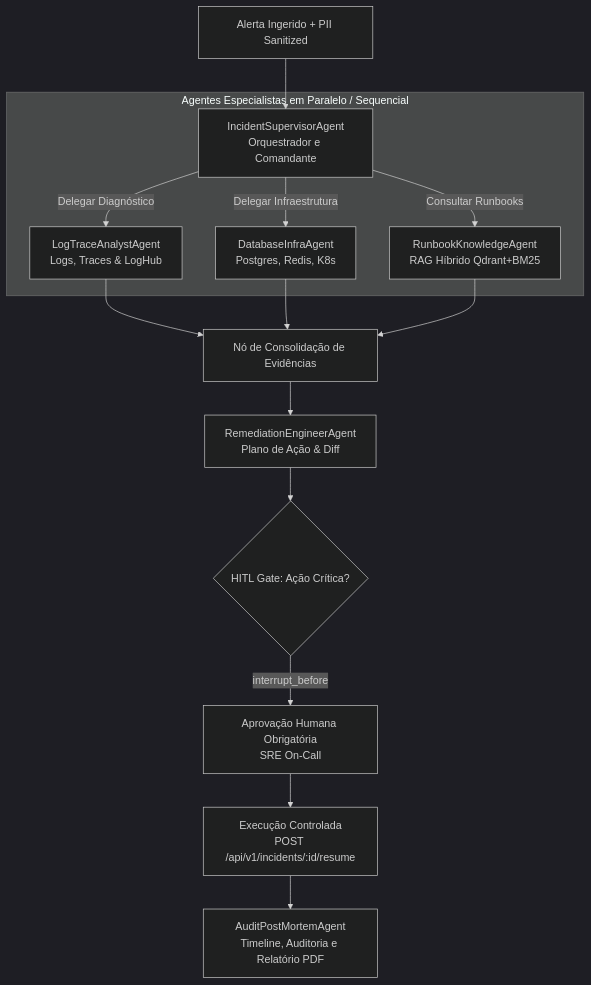
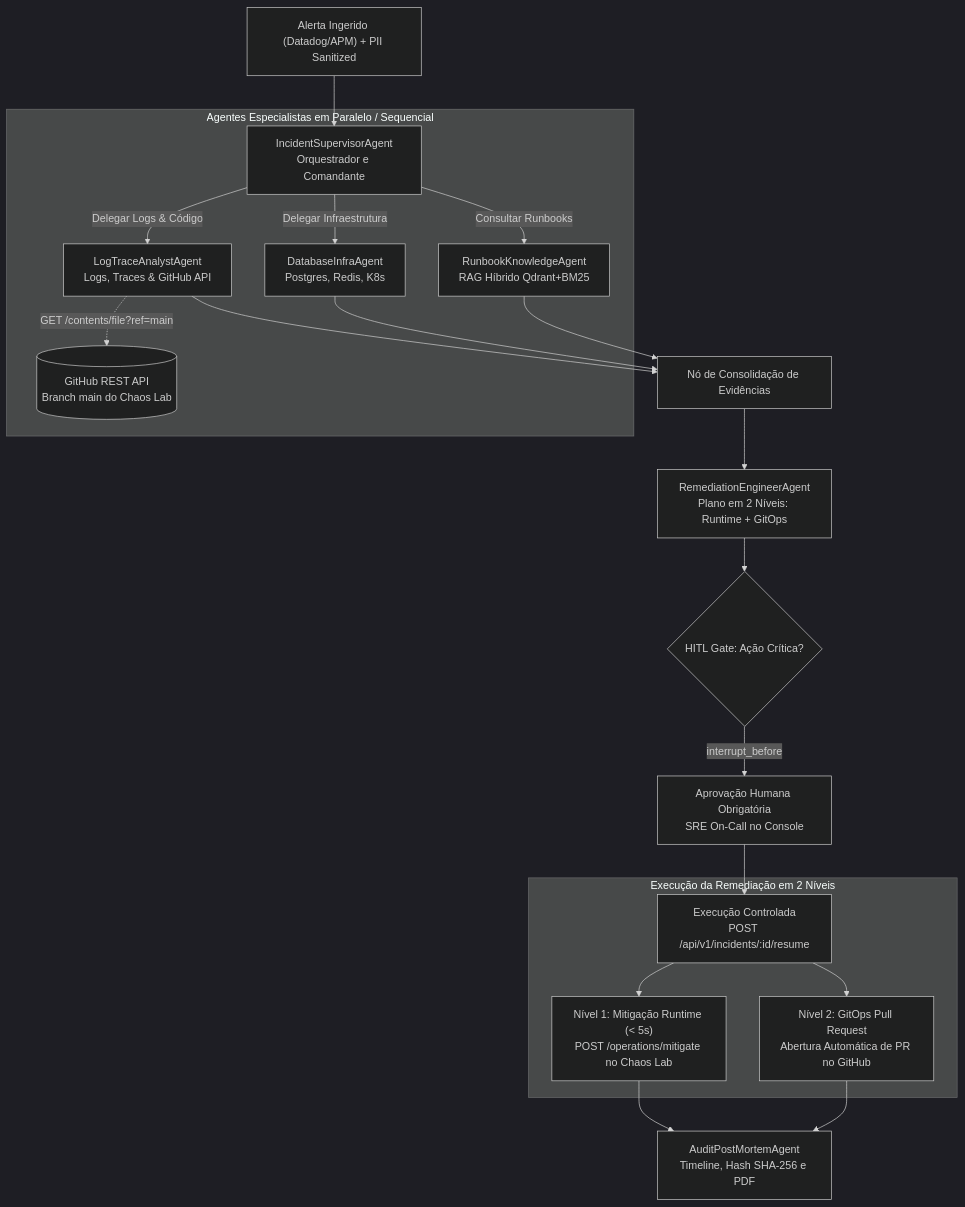
One commit to henriquebotelhogomes/OpsMesh changed the diagram in AGENTS.md. Above: the diagram before and after it, drawn with Mermaid (dark theme). The commit also changed other lines of this file and 7 other files, not shown here.

Commit message:
docs: document Chaos Lab ecosystem, surgical GitHub API inspection, two-tier remediation, and competitive landscape

````diff
--- a/AGENTS.md
+++ b/AGENTS.md
@@ -15,21 +15,30 @@
 ```mermaid
 graph TD
-    Alert["Alerta Ingerido + PII Sanitized"] --> Supervisor["IncidentSupervisorAgent<br/>Orquestrador e Comandante"]
+    Alert["Alerta Ingerido (Datadog/APM) + PII Sanitized"] --> Supervisor["IncidentSupervisorAgent<br/>Orquestrador e Comandante"]
     
     subgraph Specialists [Agentes Especialistas em Paralelo / Sequencial]
-        Supervisor -->|Delegar Diagnóstico| LogAgent["LogTraceAnalystAgent<br/>Logs, Traces & LogHub"]
+        Supervisor -->|Delegar Logs & Código| LogAgent["LogTraceAnalystAgent<br/>Logs, Traces & GitHub API"]
         Supervisor -->|Delegar Infraestrutura| InfraAgent["DatabaseInfraAgent<br/>Postgres, Redis, K8s"]
         Supervisor -->|Consultar Runbooks| RAGAgent["RunbookKnowledgeAgent<br/>RAG Híbrido Qdrant+BM25"]
+        
+        LogAgent -.->|GET /contents/file?ref=main| GitRepo[("GitHub REST API<br/>Branch main do Chaos Lab")]
     end
     
     LogAgent --> Consolidation["Nó de Consolidação de Evidências"]
     InfraAgent --> Consolidation
     RAGAgent --> Consolidation
     
-    Consolidation --> RemediationAgent["RemediationEngineerAgent<br/>Plano de Ação & Diff"]
+    Consolidation --> RemediationAgent["RemediationEngineerAgent<br/>Plano em 2 Níveis: Runtime + GitOps"]
     RemediationAgent --> HITL_Gate{"HITL Gate: Ação Crítica?"}
     
-    HITL_Gate -->|interrupt_before| HumanApproval["Aprovação Humana Obrigatória<br/>SRE On-Call"]
+    HITL_Gate -->|interrupt_before| HumanApproval["Aprovação Humana Obrigatória<br/>SRE On-Call no Console"]
     HumanApproval --> ResumeExecution["Execução Controlada<br/>POST /api/v1/incidents/:id/resume"]
-    ResumeExecution --> AuditAgent["AuditPostMortemAgent<br/>Timeline, Auditoria e Relatório PDF"]
+    
+    subgraph TwoTierExecution [Execução da Remediação em 2 Níveis]
+        ResumeExecution --> Tier1["Nível 1: Mitigação Runtime (< 5s)<br/>POST /operations/mitigate no Chaos Lab"]
+        ResumeExecution --> Tier2["Nível 2: GitOps Pull Request<br/>Abertura Automática de PR no GitHub"]
+    end
+    
+    Tier1 --> AuditAgent["AuditPostMortemAgent<br/>Timeline, Hash SHA-256 e PDF"]
+    Tier2 --> AuditAgent
 ```
````
